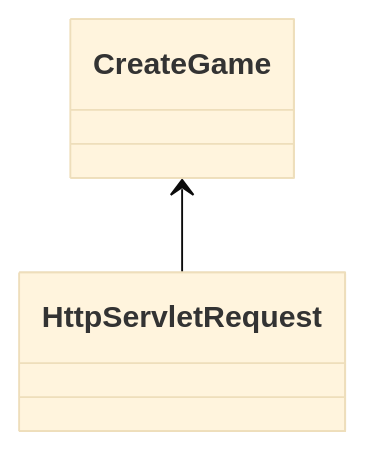
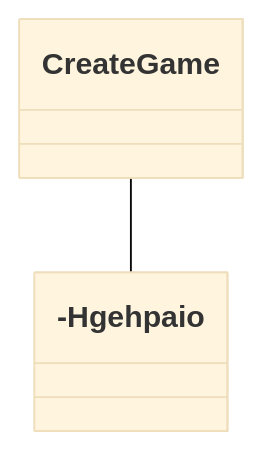
One commit to stijnlinderman/eldorado changed the fifth of 7 diagrams in ARCHITECTURE.md. Above: the diagram before and after it, drawn with Mermaid (base theme).

````diff
--- a/ARCHITECTURE.md
+++ b/ARCHITECTURE.md
@@ -64,4 +64,4 @@
 ```mermaid
 classDiagram
-	CreateGame <-- HttpServletRequest
+	CreateGame --- Hgehpaio
 ```
````
